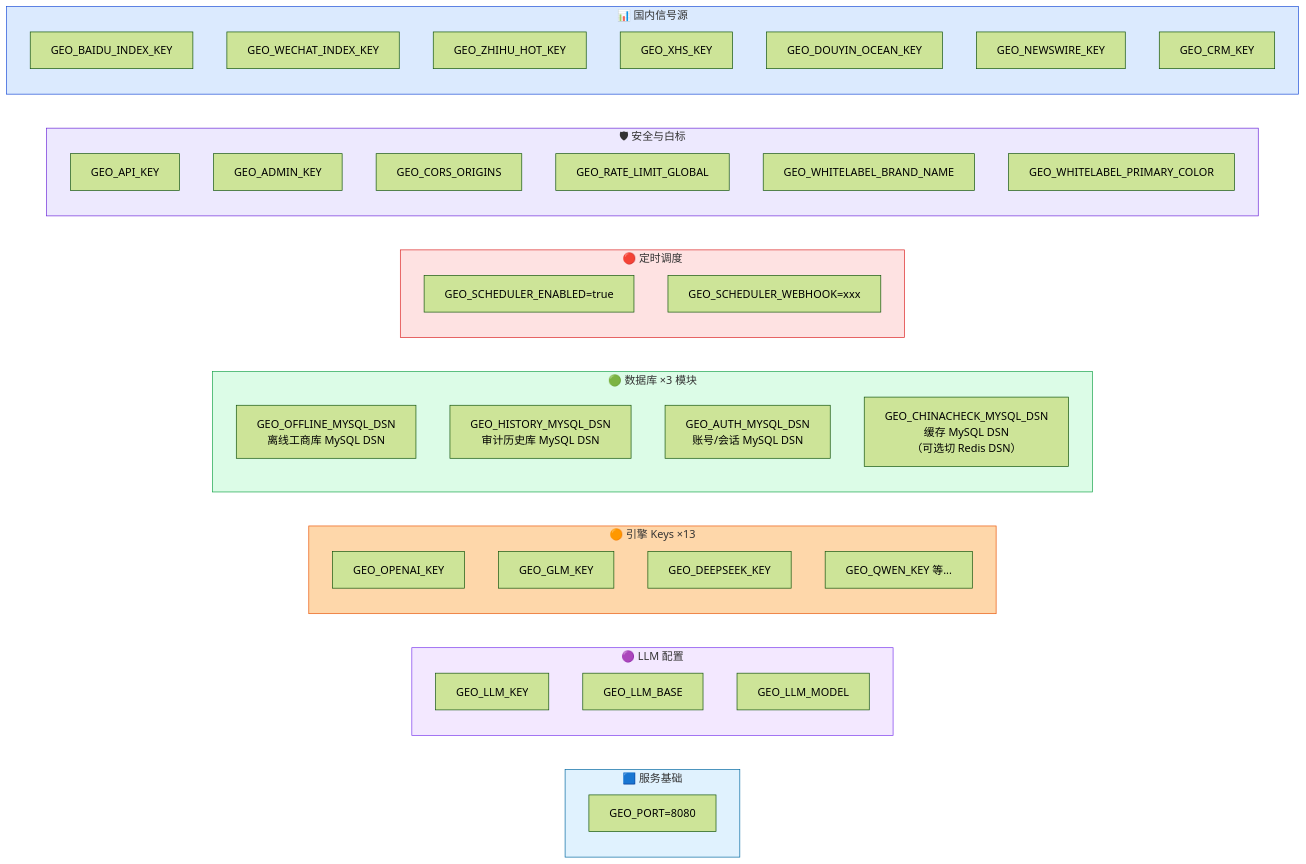
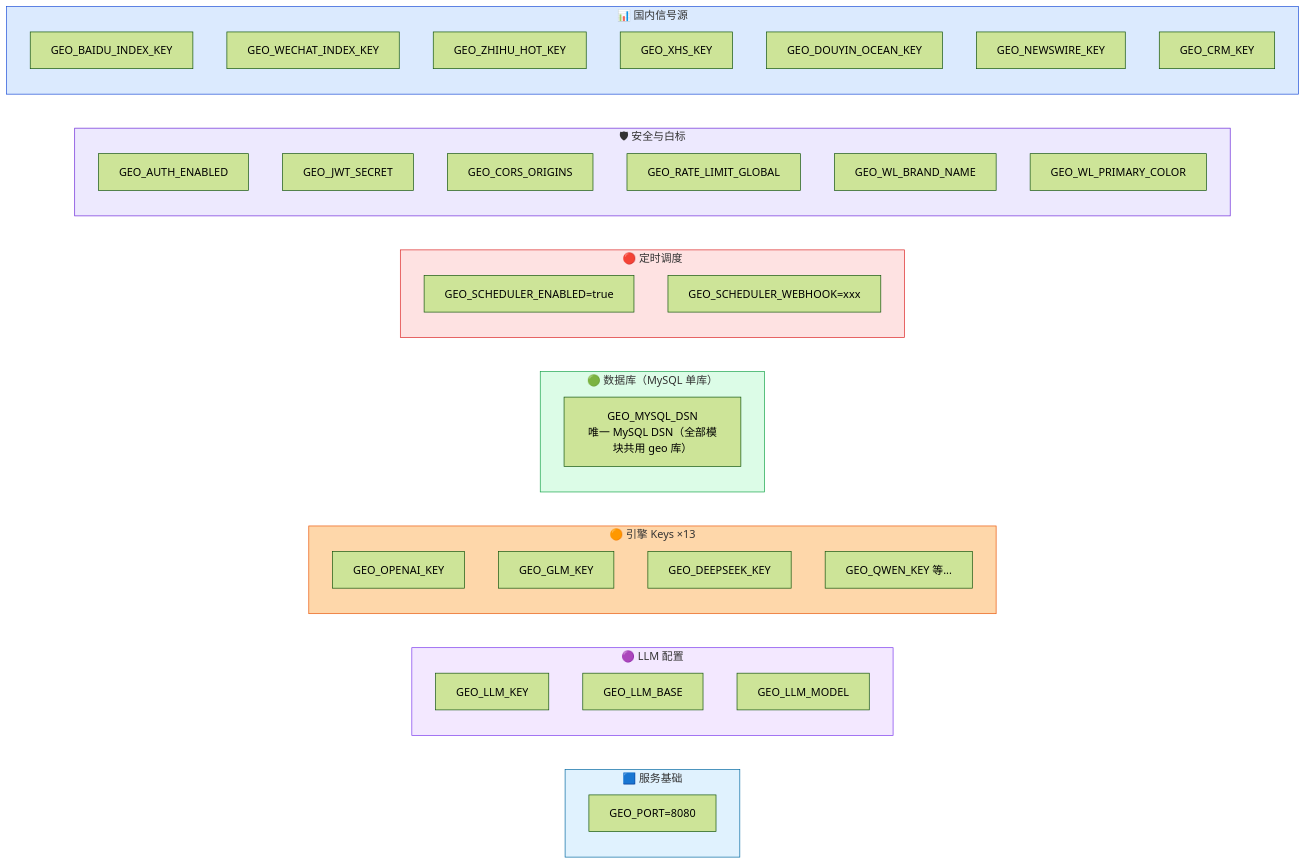
Before and after one commit to deep2code/geo: diagram 31 of 31 in docs/architecture.md, drawn with Mermaid (forest theme). The commit also changed other lines of this file and 47 other files, not shown here.

````diff
--- a/docs/architecture.md
+++ b/docs/architecture.md
@@ -898,58 +896,55 @@
 ```mermaid
 graph LR
     subgraph 基础["🟦 服务基础"]
         PORT["GEO_PORT=8080"]
     end
 
     subgraph LLM["🟣 LLM 配置"]
         K["GEO_LLM_KEY"]
         B["GEO_LLM_BASE"]
         M["GEO_LLM_MODEL"]
     end
 
     subgraph Engines["🟠 引擎 Keys ×13"]
         K1["GEO_OPENAI_KEY"]
         K2["GEO_GLM_KEY"]
         K3["GEO_DEEPSEEK_KEY"]
         K4["GEO_QWEN_KEY 等..."]
     end
 
-    subgraph DBs["🟢 数据库 ×3 模块"]
-        OT["GEO_OFFLINE_MYSQL_DSN<br/>离线工商库 MySQL DSN"]
-        HT["GEO_HISTORY_MYSQL_DSN<br/>审计历史库 MySQL DSN"]
-        AT["GEO_AUTH_MYSQL_DSN<br/>账号/会话 MySQL DSN"]
-        CT["GEO_CHINACHECK_MYSQL_DSN<br/>缓存 MySQL DSN<br/>（可选切 Redis DSN）"]
+    subgraph DBs["🟢 数据库（MySQL 单库）"]
+        U["GEO_MYSQL_DSN<br/>唯一 MySQL DSN（全部模块共用 geo 库）"]
     end
 
     subgraph 调度["🔴 定时调度"]
         SE["GEO_SCHEDULER_ENABLED=true"]
         WK["GEO_SCHEDULER_WEBHOOK=xxx"]
     end
 
     subgraph 安全白标["🛡 安全与白标"]
-        AK["GEO_API_KEY"]
-        ADM["GEO_ADMIN_KEY"]
+        AE["GEO_AUTH_ENABLED"]
+        JS["GEO_JWT_SECRET"]
         CO["GEO_CORS_ORIGINS"]
         RL["GEO_RATE_LIMIT_GLOBAL"]
-        WB["GEO_WHITELABEL_BRAND_NAME"]
-        WC["GEO_WHITELABEL_PRIMARY_COLOR"]
+        WB["GEO_WL_BRAND_NAME"]
+        WC["GEO_WL_PRIMARY_COLOR"]
     end
 
     subgraph 国内信号["📊 国内信号源"]
         BI["GEO_BAIDU_INDEX_KEY"]
         WI["GEO_WECHAT_INDEX_KEY"]
         ZH["GEO_ZHIHU_HOT_KEY"]
         XH["GEO_XHS_KEY"]
         DY["GEO_DOUYIN_OCEAN_KEY"]
         NW["GEO_NEWSWIRE_KEY"]
         CR["GEO_CRM_KEY"]
     end
 
     style 基础 fill:#e0f2fe,stroke:#0369a1
     style LLM fill:#f3e8ff,stroke:#7c3aed
     style Engines fill:#fed7aa,stroke:#ea580c
     style DBs fill:#dcfce7,stroke:#16a34a
     style 调度 fill:#fee2e2,stroke:#dc2626
     style 安全白标 fill:#ede9fe,stroke:#6d28d9
     style 国内信号 fill:#dbeafe,stroke:#1d4ed8
 ```
````
